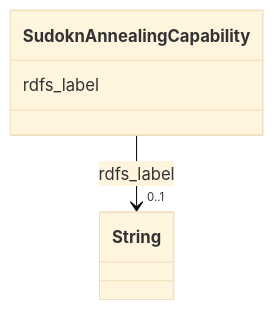
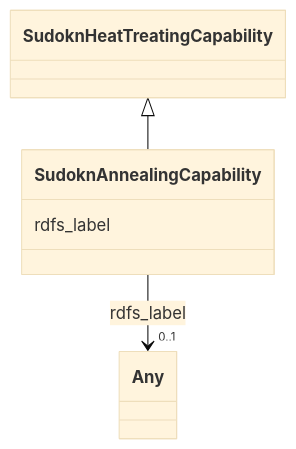
One commit to frink-okn/graph-descriptions changed the diagram in sudokn-kg/classes/SudoknAnnealingCapability.md. Above: the diagram before and after it, drawn with Mermaid (base theme). The commit also changed other lines of this file and 903 other files, not shown here.

````diff
--- a/sudokn-kg/classes/SudoknAnnealingCapability.md
+++ b/sudokn-kg/classes/SudoknAnnealingCapability.md
@@ -23,15 +18,18 @@
 ```mermaid
  classDiagram
     class SudoknAnnealingCapability
     click SudoknAnnealingCapability href "../SudoknAnnealingCapability"
+      SudoknHeatTreatingCapability <|-- SudoknAnnealingCapability
+        click SudoknHeatTreatingCapability href "../SudoknHeatTreatingCapability"
+      
       SudoknAnnealingCapability : rdfs_label
         
           
     
     
-    SudoknAnnealingCapability --> "0..1" String : rdfs_label
-    click String href "../String"
+    SudoknAnnealingCapability --> "0..1" Any : rdfs_label
+    click Any href "../Any"
 
         
       
 ```
````
